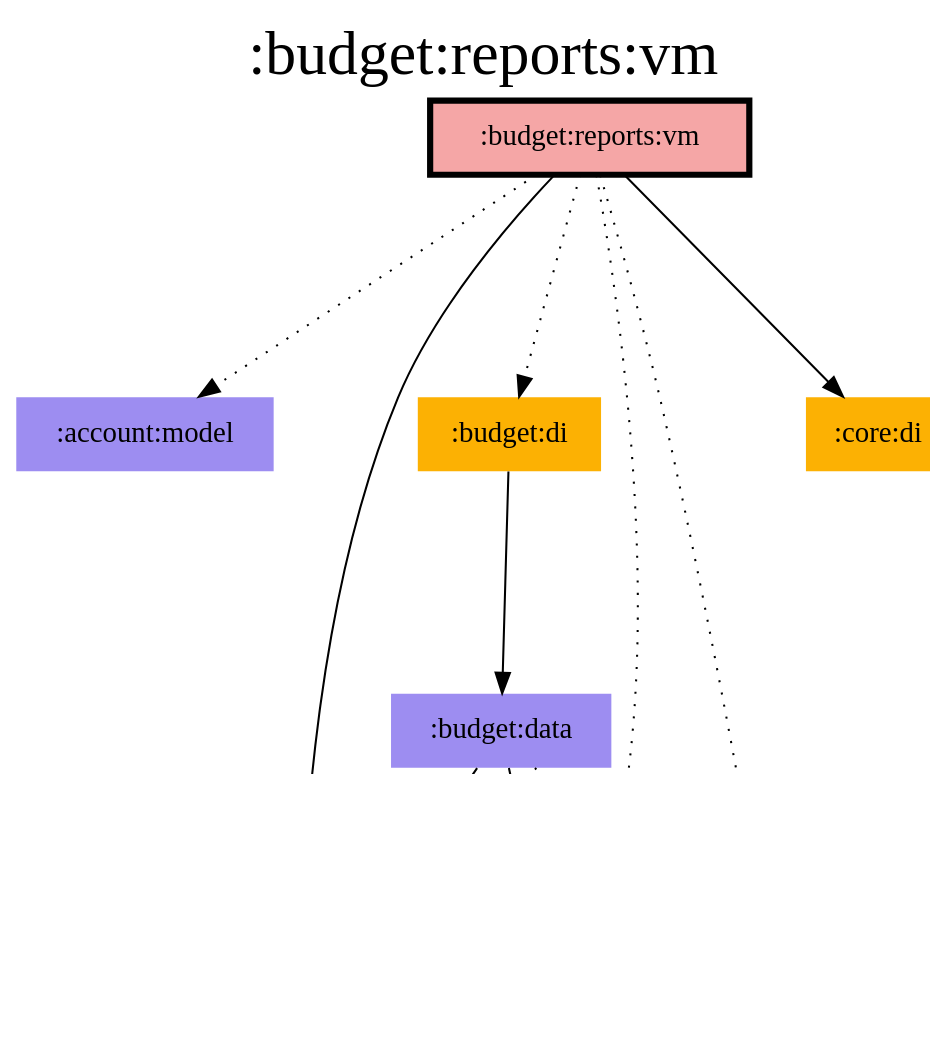
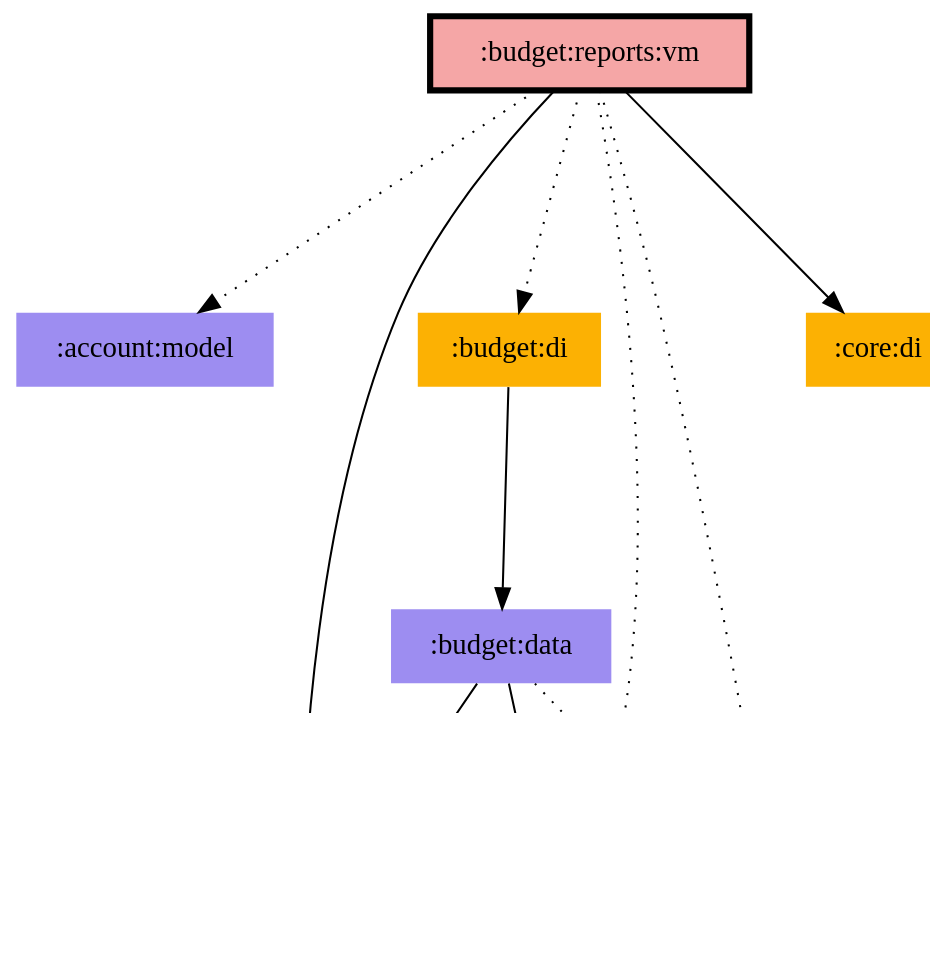
One commit to jonapoul/aktual changed the diagram in modules/budget/reports/vm/modules.dot. Above: the diagram before and after it, drawn with Graphviz. The commit also changed 87 other files, not shown here.

Commit message:
Remove graphviz

```diff
--- a/modules/budget/reports/vm/modules.dot
+++ b/modules/budget/reports/vm/modules.dot
@@ -1,28 +1,23 @@
 digraph {
 edge ["dir"="forward"]
-graph ["dpi"="100","label"=":budget:reports:vm","labelloc"="t","fontsize"="30","ranksep"="1.5","rankdir"="TB"]
+graph ["dpi"="100","fontsize"="30","ranksep"="1.5","rankdir"="TB"]
 node ["style"="filled"]
 ":account:model" ["fillcolor"="#9D8DF1","shape"="none"]
 ":budget:data" ["fillcolor"="#9D8DF1","shape"="none"]
 ":budget:di" ["fillcolor"="#FCB103","shape"="none"]
 ":budget:model" ["fillcolor"="#9D8DF1","shape"="none"]
 ":budget:reports:vm" ["fillcolor"="#F5A6A6","color"="black","penwidth"="3","shape"="box"]
 ":core:di" ["fillcolor"="#FCB103","shape"="none"]
 ":core:model" ["fillcolor"="#9D8DF1","shape"="none"]
 ":logging" ["fillcolor"="#9D8DF1","shape"="none"]
-{
-edge ["dir"="none"]
-graph ["rank"="same"]
-":budget:reports:vm"
-}
 ":budget:data" -> ":budget:model"
 ":budget:data" -> ":core:model"
 ":budget:data" -> ":logging" ["style"="dotted"]
 ":budget:di" -> ":budget:data"
 ":budget:reports:vm" -> ":account:model" ["style"="dotted"]
 ":budget:reports:vm" -> ":budget:di" ["style"="dotted"]
 ":budget:reports:vm" -> ":budget:model"
 ":budget:reports:vm" -> ":core:di"
 ":budget:reports:vm" -> ":core:model" ["style"="dotted"]
 ":budget:reports:vm" -> ":logging" ["style"="dotted"]
 }
```
